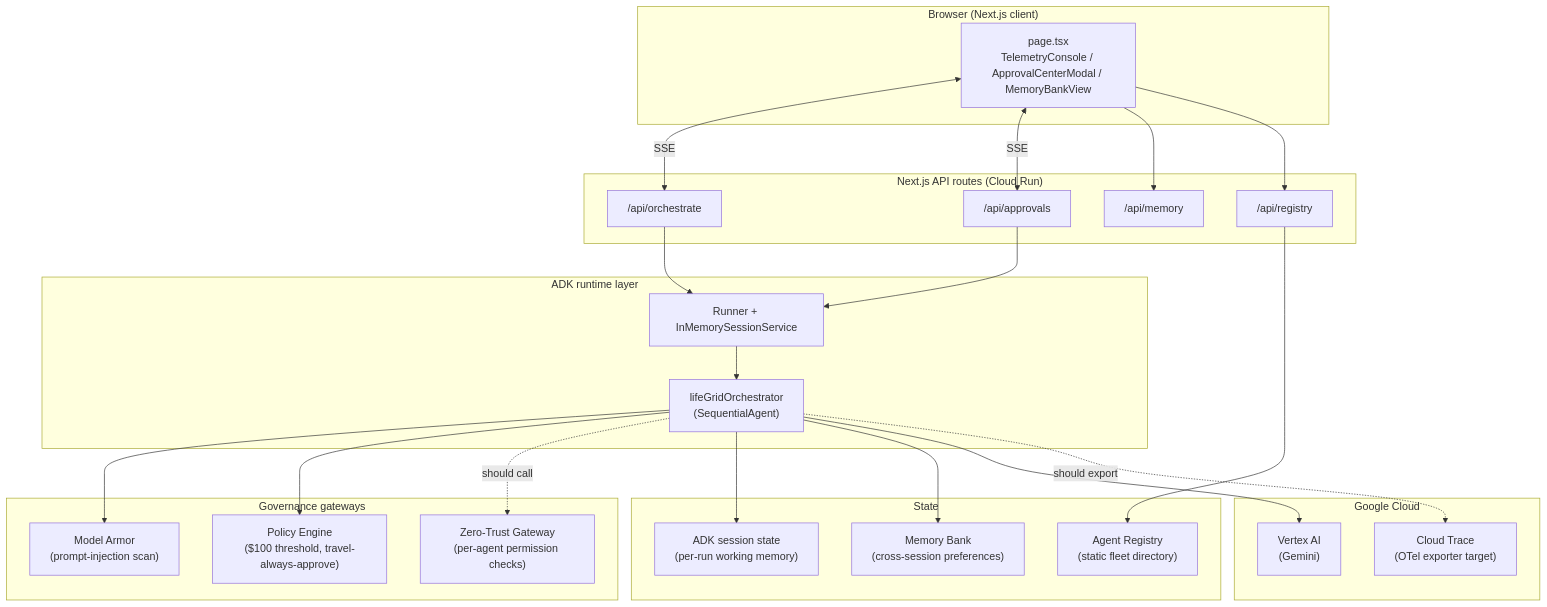
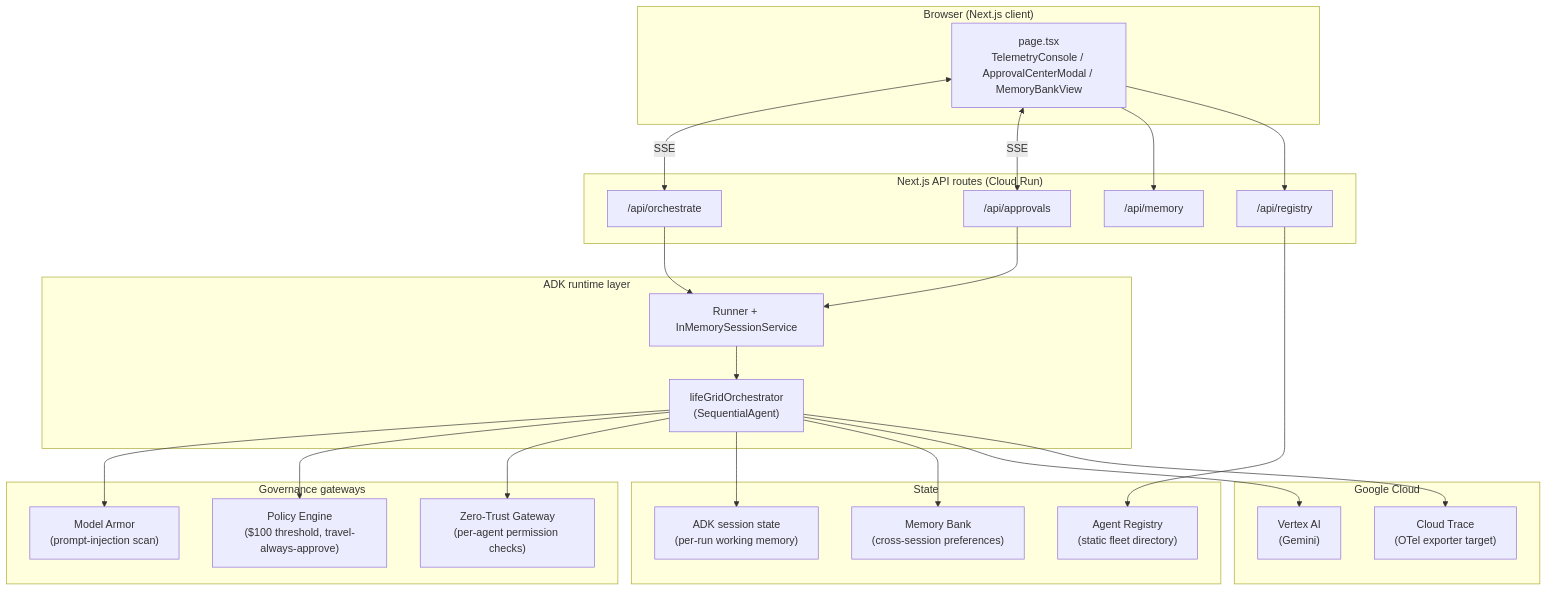
The first of 4 diagrams in docs/IMPLEMENTATION_PLAN.md (vvishnoi/life-grid), drawn with Mermaid before and after one commit. The commit also changed other lines of this file and 23 other files, not shown here.

````diff
--- a/docs/IMPLEMENTATION_PLAN.md
+++ b/docs/IMPLEMENTATION_PLAN.md
@@ -97,51 +97,51 @@
 ```mermaid
 flowchart TB
     subgraph client["Browser (Next.js client)"]
         UI["page.tsx\nTelemetryConsole / ApprovalCenterModal / MemoryBankView"]
     end
 
     subgraph api["Next.js API routes (Cloud Run)"]
         ORCH["/api/orchestrate"]
         APPR["/api/approvals"]
         MEM["/api/memory"]
         REG["/api/registry"]
     end
 
     subgraph adk["ADK runtime layer"]
         RUNNER["Runner + InMemorySessionService"]
         PIPE["lifeGridOrchestrator\n(SequentialAgent)"]
     end
 
     subgraph gw["Governance gateways"]
         MA["Model Armor\n(prompt-injection scan)"]
         PE["Policy Engine\n($100 threshold, travel-always-approve)"]
         ZT["Zero-Trust Gateway\n(per-agent permission checks)"]
     end
 
     subgraph state["State"]
         SESS["ADK session state\n(per-run working memory)"]
         MB["Memory Bank\n(cross-session preferences)"]
         REGISTRY["Agent Registry\n(static fleet directory)"]
     end
 
     subgraph gcp["Google Cloud"]
         VERTEX["Vertex AI\n(Gemini)"]
         TRACE["Cloud Trace\n(OTel exporter target)"]
     end
 
     UI <--SSE--> ORCH
     UI <--SSE--> APPR
     UI --> MEM
     UI --> REG
     ORCH --> RUNNER
     APPR --> RUNNER
     RUNNER --> PIPE
     PIPE --> MA
     PIPE --> PE
-    PIPE -.should call.-> ZT
+    PIPE --> ZT
     PIPE --> SESS
     PIPE --> MB
     REG --> REGISTRY
     PIPE --> VERTEX
-    PIPE -.should export.-> TRACE
+    PIPE --> TRACE
 ```
````
